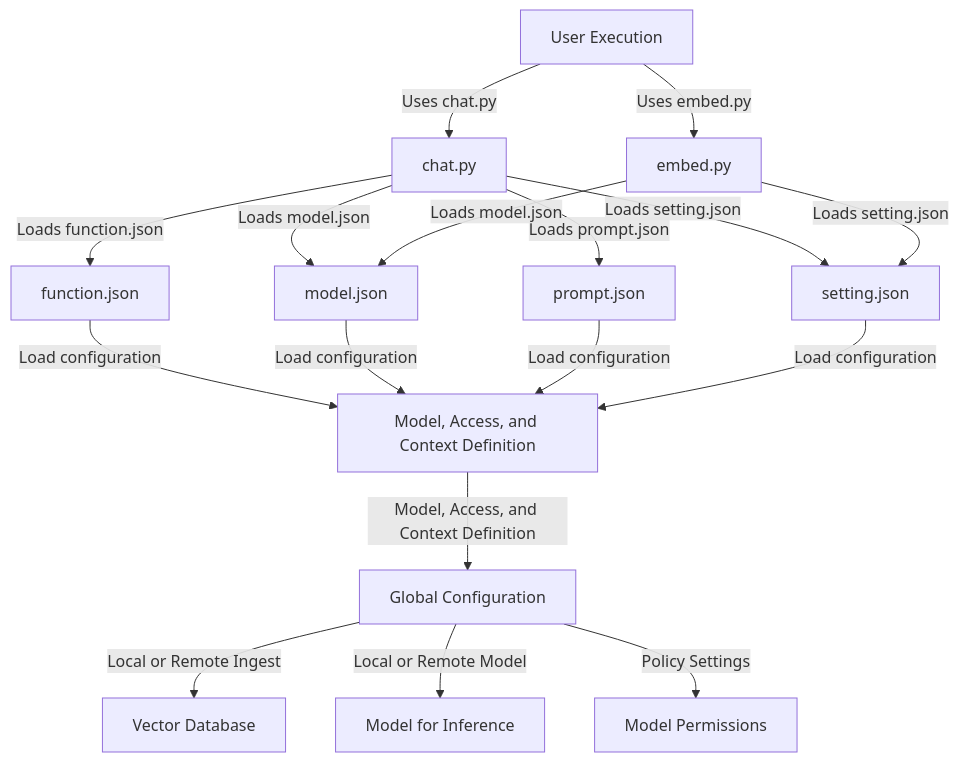
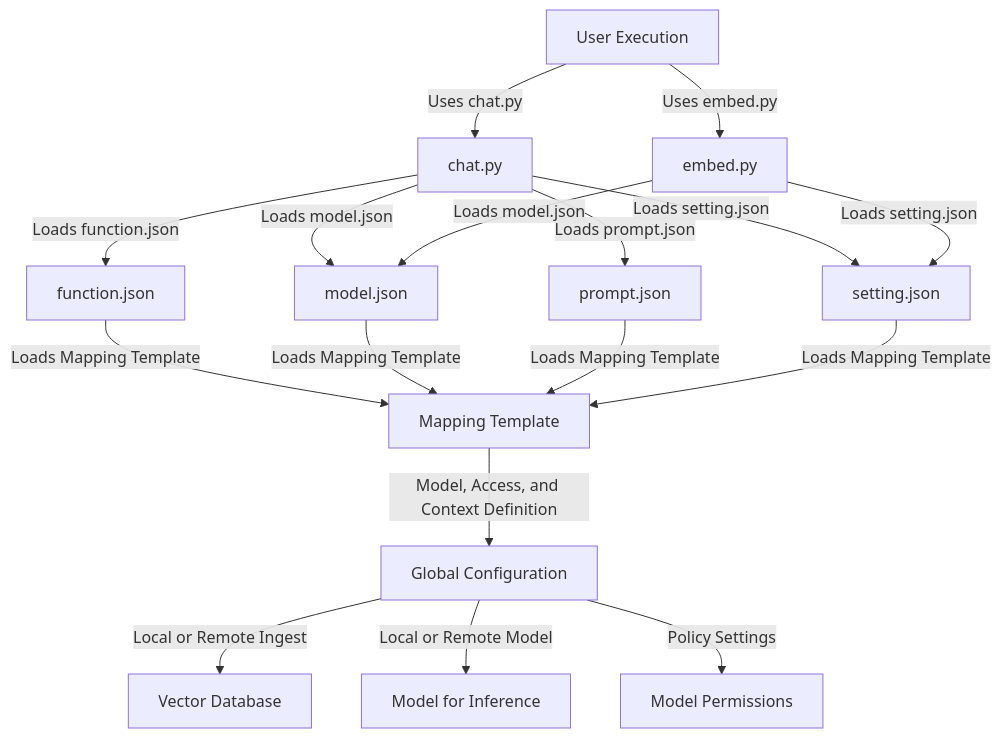
One commit to teleprint-me/py.gpt.prompt changed the diagram in docs/mermaid/settings.mmd. Above: the diagram before and after it, drawn with Mermaid.

Commit message:
fix: Use Mapping Template as an improved identifier

```diff
--- a/docs/mermaid/settings.mmd
+++ b/docs/mermaid/settings.mmd
@@ -1,17 +1,17 @@
 graph TB
   userExec["User Execution"] -- "Uses chat.py" --> chatPy["chat.py"]
   userExec -- "Uses embed.py" --> embedPy["embed.py"]
   chatPy -- "Loads function.json" --> functionJson["function.json"]
   chatPy -- "Loads model.json" --> modelJson["model.json"]
   chatPy -- "Loads prompt.json" --> promptJson["prompt.json"]
   chatPy -- "Loads setting.json" --> settingJson["setting.json"]
   embedPy -- "Loads model.json" --> modelJson
   embedPy -- "Loads setting.json" --> settingJson
-  functionJson -- "Load configuration" --> macd[Model, Access, and Context Definition]
-  modelJson -- "Load configuration" --> macd
-  promptJson -- "Load configuration" --> macd
-  settingJson -- "Load configuration" --> macd
-  macd -- "Model, Access, and Context Definition" --> globalConfig[Global Configuration]
+  functionJson -- "Loads Mapping Template" --> mappingTemplate[Mapping Template]
+  modelJson -- "Loads Mapping Template" --> mappingTemplate
+  promptJson -- "Loads Mapping Template" --> mappingTemplate
+  settingJson -- "Loads Mapping Template" --> mappingTemplate
+  mappingTemplate -- "Model, Access, and Context Definition" --> globalConfig[Global Configuration]
   globalConfig -- "Local or Remote Ingest" --> vectorDb["Vector Database"]
   globalConfig -- "Local or Remote Model" --> inferenceModel["Model for Inference"]
   globalConfig -- "Policy Settings" --> modelPermissions["Model Permissions"]
```
